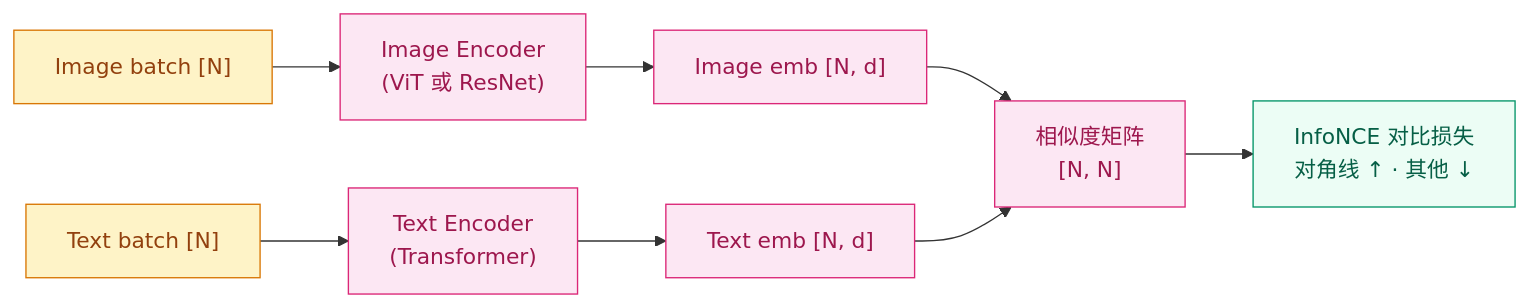
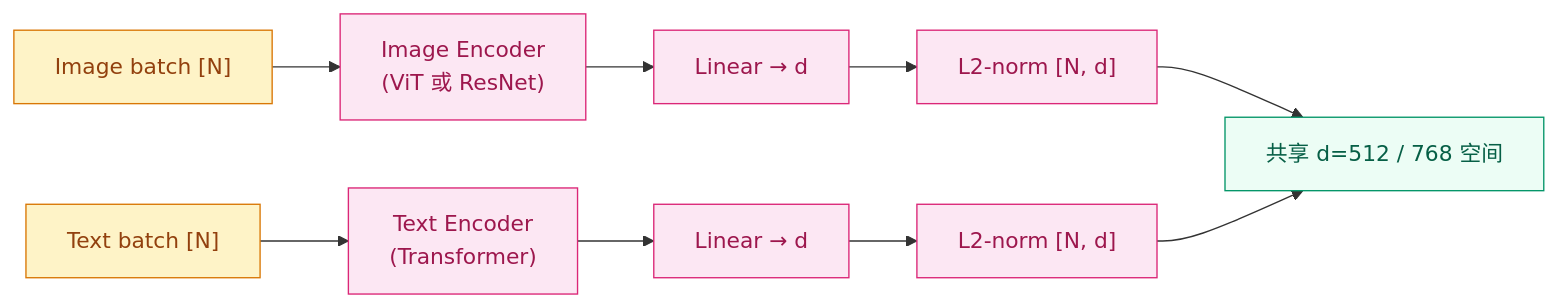
Before and after one commit to zkywsg/Daily-LLM: the diagram in 09-multimodal-clip/01-clip.md, drawn with Mermaid. The commit also changed other lines of this file and 2 other files, not shown here.

````diff
--- a/09-multimodal-clip/01-clip.md
+++ b/09-multimodal-clip/01-clip.md
@@ -43,14 +53,13 @@
 ```mermaid
 graph LR
     img["Image batch [N]"]:::input --> img_enc["Image Encoder<br/>(ViT 或 ResNet)"]:::compute
-    img_enc --> img_emb["Image emb [N, d]"]:::compute
+    img_enc --> img_proj["Linear → d"]:::compute --> img_emb["L2-norm [N, d]"]:::compute
     txt["Text batch [N]"]:::input --> txt_enc["Text Encoder<br/>(Transformer)"]:::compute
-    txt_enc --> txt_emb["Text emb [N, d]"]:::compute
-    img_emb --> sim["相似度矩阵<br/>[N, N]"]:::compute
-    txt_emb --> sim
-    sim --> loss["InfoNCE 对比损失<br/>对角线 ↑ · 其他 ↓"]:::output
+    txt_enc --> txt_proj["Linear → d"]:::compute --> txt_emb["L2-norm [N, d]"]:::compute
+    img_emb --> shared["共享 d=512 / 768 空间"]:::output
+    txt_emb --> shared
 
     classDef input fill:#fef3c7,stroke:#d97706,color:#92400e;
     classDef compute fill:#fce7f3,stroke:#db2777,color:#9d174d;
     classDef output fill:#ecfdf5,stroke:#059669,color:#065f46;
 ```
````
